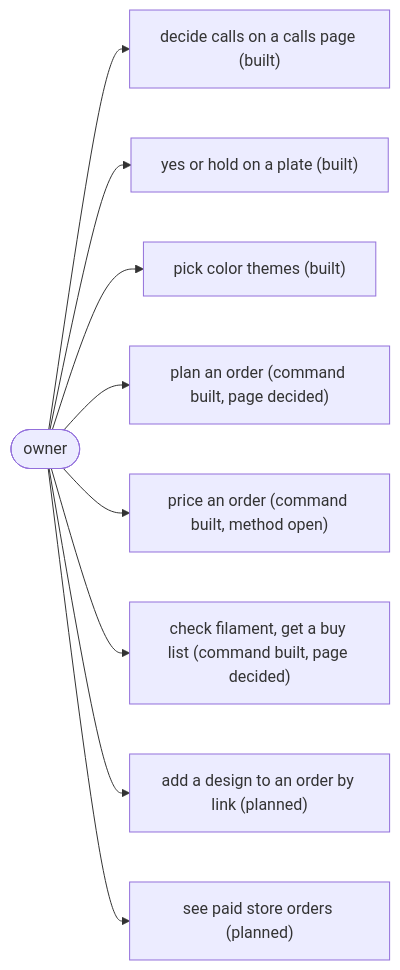
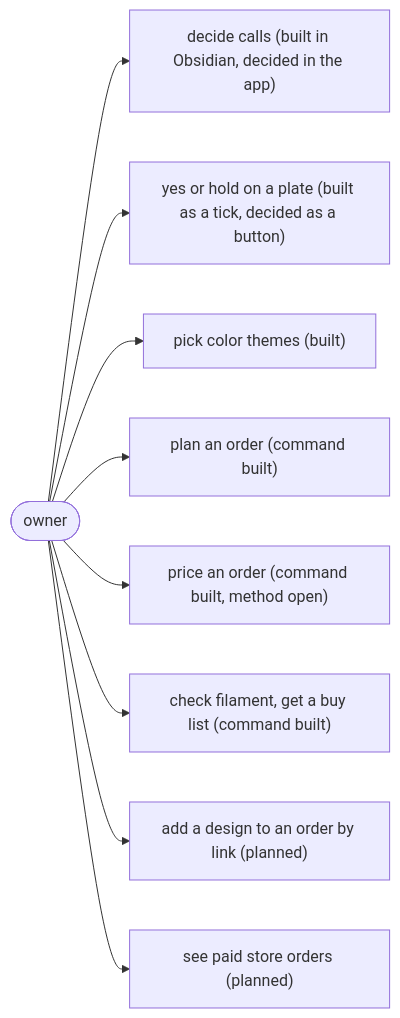
One commit to omars-lab/3d-models changed the fourth of 11 diagrams in docs/design/process/users-and-surfaces-design.md. Above: the diagram before and after it, drawn with Mermaid. The commit also changed other lines of this file and 7 other files, not shown here.

````diff
--- a/docs/design/process/users-and-surfaces-design.md
+++ b/docs/design/process/users-and-surfaces-design.md
@@ -218,11 +327,11 @@
 ```mermaid
 flowchart LR
-  o(["owner"]) --> o1["decide calls on a calls page (built)"]
-  o --> o2["yes or hold on a plate (built)"]
+  o(["owner"]) --> o1["decide calls (built in Obsidian, decided in the app)"]
+  o --> o2["yes or hold on a plate (built as a tick, decided as a button)"]
   o --> o3["pick color themes (built)"]
-  o --> o4["plan an order (command built, page decided)"]
+  o --> o4["plan an order (command built)"]
   o --> o5["price an order (command built, method open)"]
-  o --> o6["check filament, get a buy list (command built, page decided)"]
+  o --> o6["check filament, get a buy list (command built)"]
   o --> o7["add a design to an order by link (planned)"]
   o --> o8["see paid store orders (planned)"]
 ```
````
